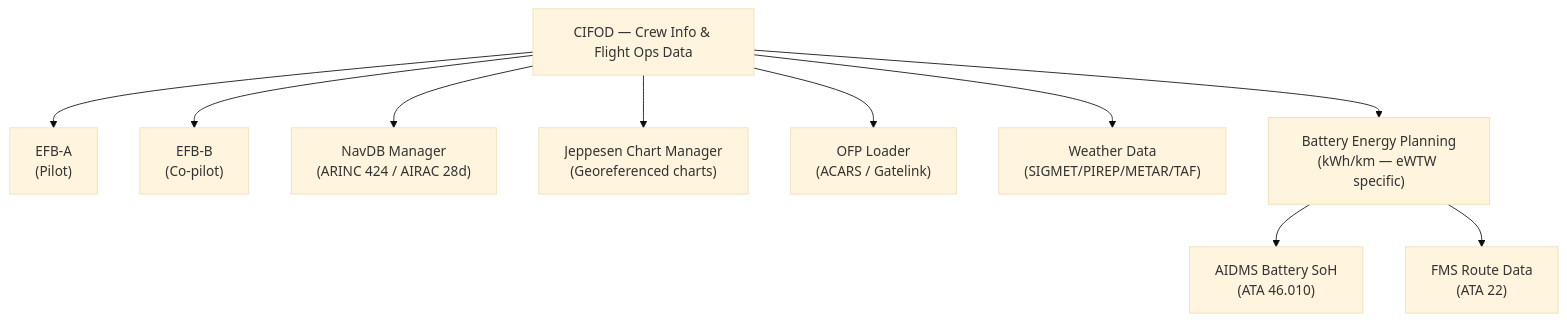
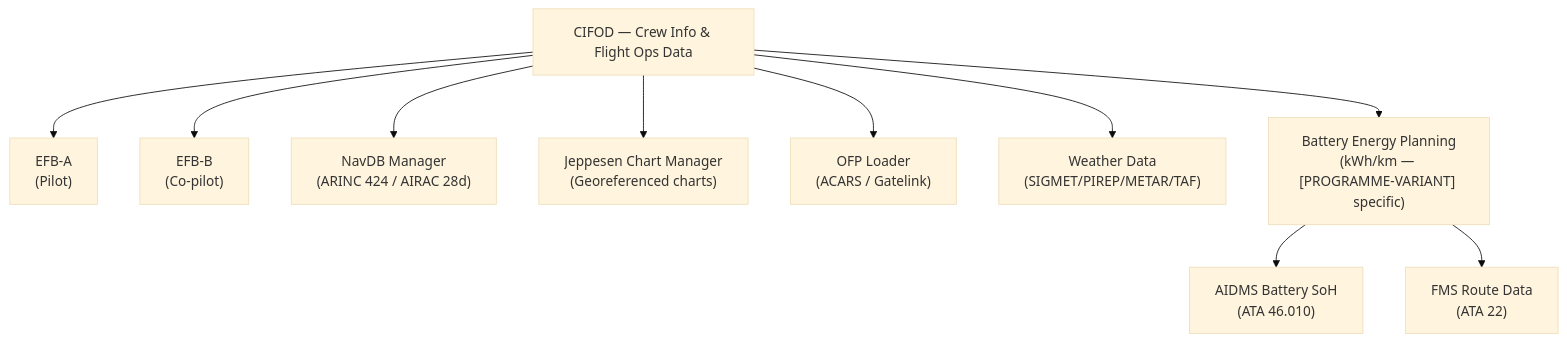
Before and after one commit to AmedeoPelliccia/Qplus-For-All-Queer-People-and-Quantum: the first of 3 diagrams in Q+ATLANTIDE/000-099_ATLAS/040-049_Avionica-Informacion-y-APU/046_Information-Systems/046-050-Crew-Information-and-Flight-Operations-Data.md, drawn with Mermaid (base theme). The commit also changed other lines of this file and 676 other files, not shown here.

First line of the commit message:
feat: de-programmatize all ATLAS standard files — remove AMPEL360E/eWTW programme content

````diff
--- a/Q+ATLANTIDE/000-099_ATLAS/040-049_Avionica-Informacion-y-APU/046_Information-Systems/046-050-Crew-Information-and-Flight-Operations-Data.md
+++ b/Q+ATLANTIDE/000-099_ATLAS/040-049_Avionica-Informacion-y-APU/046_Information-Systems/046-050-Crew-Information-and-Flight-Operations-Data.md
@@ -83,13 +85,13 @@
 ```mermaid
 graph TD
     CIFOD["CIFOD — Crew Info & Flight Ops Data"]
     CIFOD --> EFB_A["EFB-A\n(Pilot)"]
     CIFOD --> EFB_B["EFB-B\n(Co-pilot)"]
     CIFOD --> NAVDB["NavDB Manager\n(ARINC 424 / AIRAC 28d)"]
     CIFOD --> JEPPESEN["Jeppesen Chart Manager\n(Georeferenced charts)"]
     CIFOD --> OFP["OFP Loader\n(ACARS / Gatelink)"]
     CIFOD --> WX["Weather Data\n(SIGMET/PIREP/METAR/TAF)"]
-    CIFOD --> BAT_PLAN["Battery Energy Planning\n(kWh/km — eWTW specific)"]
+    CIFOD --> BAT_PLAN["Battery Energy Planning\n(kWh/km — [PROGRAMME-VARIANT] specific)"]
     BAT_PLAN --> AIDMS["AIDMS Battery SoH\n(ATA 46.010)"]
     BAT_PLAN --> FMS["FMS Route Data\n(ATA 22)"]
 ```
````
